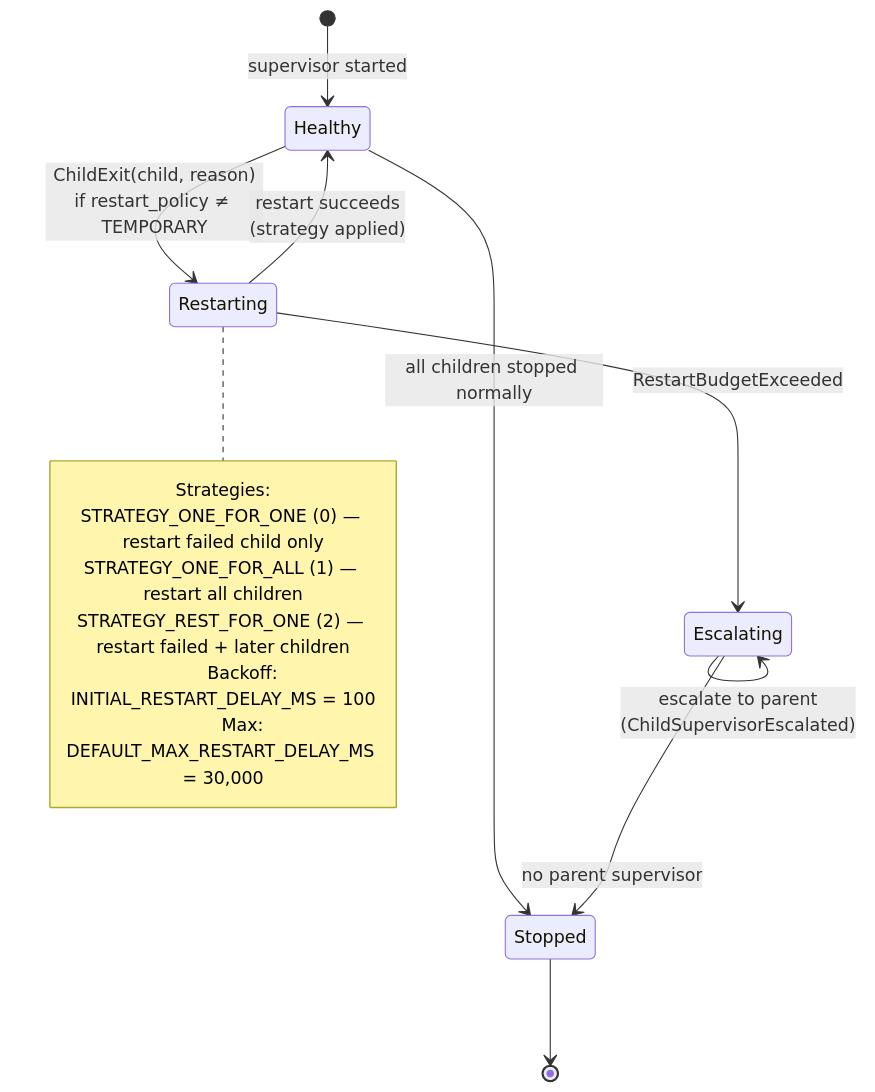
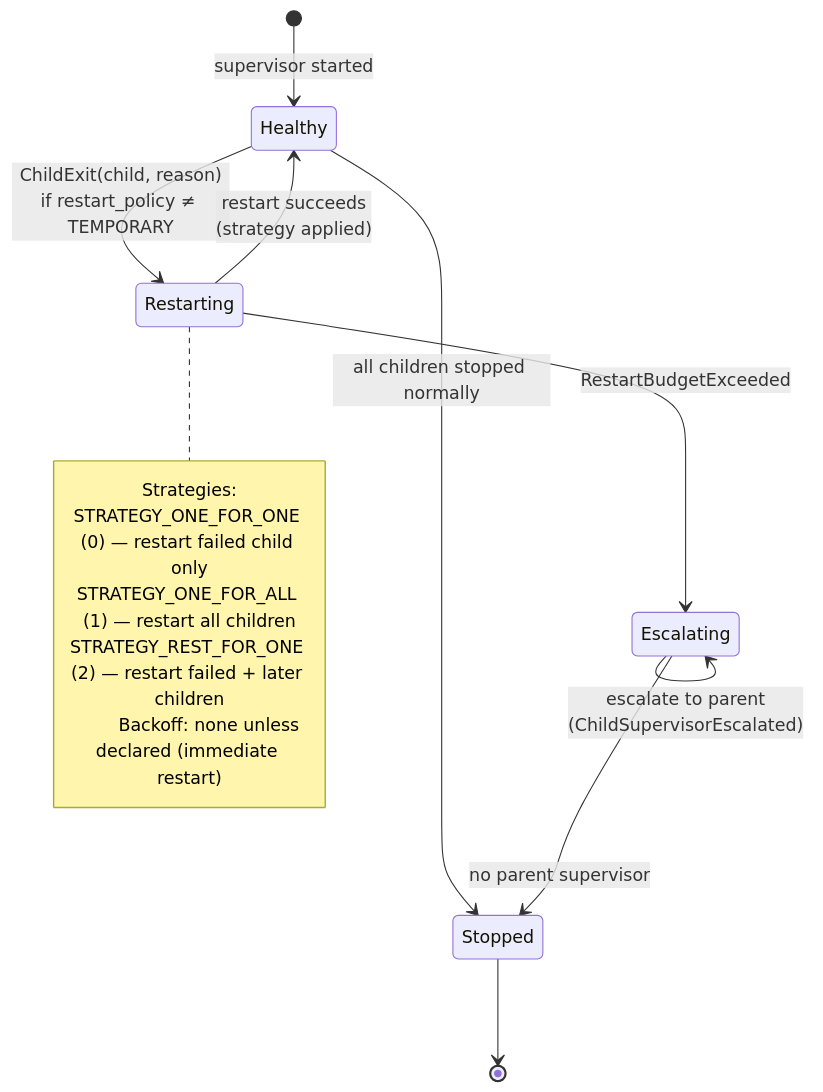
The seventh of 7 diagrams in docs/diagrams.md (hew-lang/hew), drawn with Mermaid before and after one commit. The commit also changed 22 other files, not shown here.

First line of the commit message:
fix(runtime): restart supervised children without an implicit delay

````diff
--- a/docs/diagrams.md
+++ b/docs/diagrams.md
@@ -361,25 +361,24 @@
 ```mermaid
 stateDiagram-v2
     [*] --> Healthy: supervisor started
 
     Healthy --> Restarting: ChildExit(child, reason)<br/>if restart_policy ≠ TEMPORARY
 
     Restarting --> Healthy: restart succeeds<br/>(strategy applied)
     Restarting --> Escalating: RestartBudgetExceeded
 
     Healthy --> Stopped: all children stopped normally
     Escalating --> Stopped: no parent supervisor
     Escalating --> Escalating: escalate to parent<br/>(ChildSupervisorEscalated)
 
     Stopped --> [*]
 
     note right of Restarting
         Strategies:
         STRATEGY_ONE_FOR_ONE (0) — restart failed child only
         STRATEGY_ONE_FOR_ALL (1) — restart all children
         STRATEGY_REST_FOR_ONE (2) — restart failed + later children
 
-        Backoff: INITIAL_RESTART_DELAY_MS = 100
-        Max: DEFAULT_MAX_RESTART_DELAY_MS = 30,000
+        Backoff: none unless declared (immediate restart)
     end note
 ```
````
